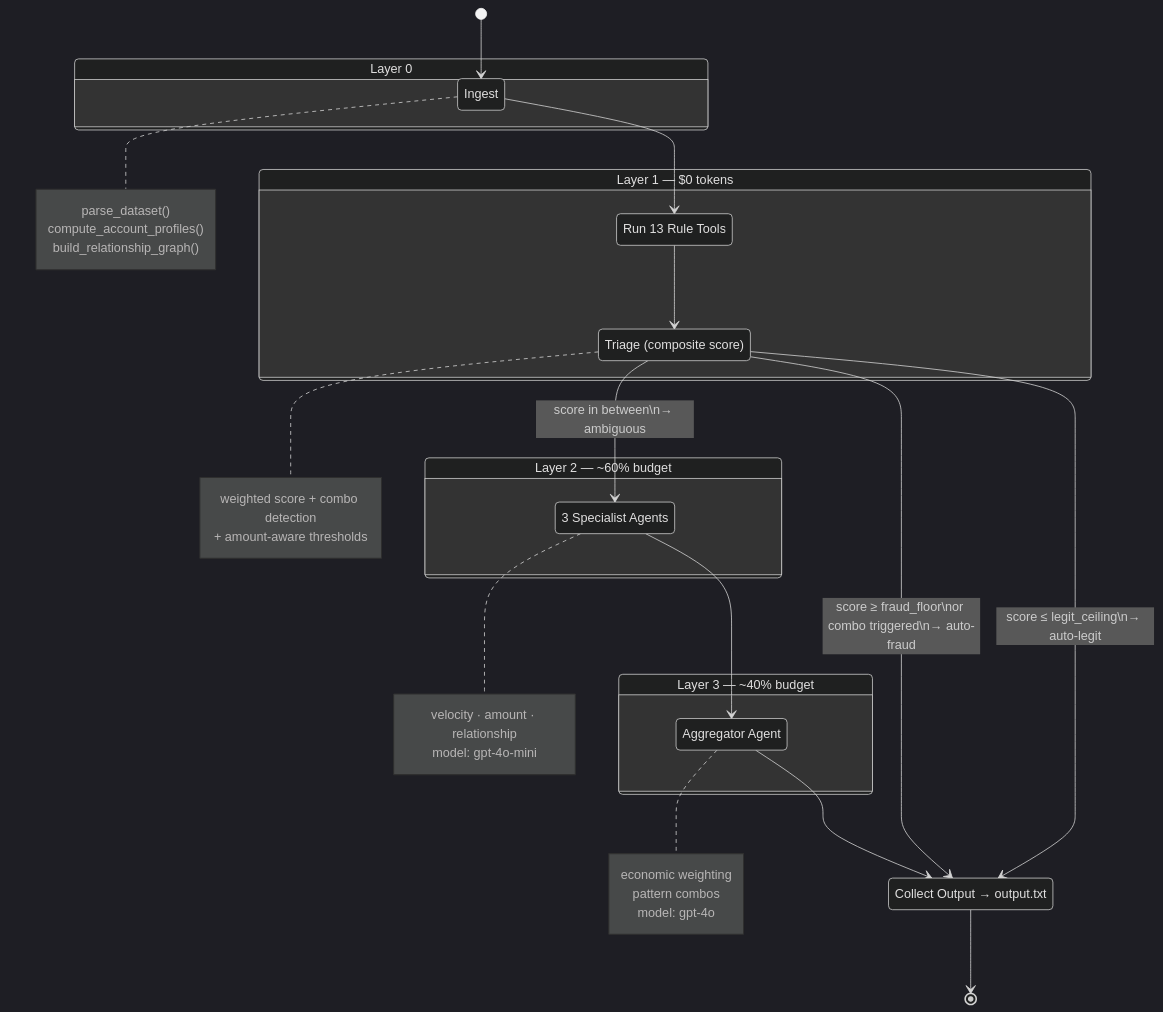
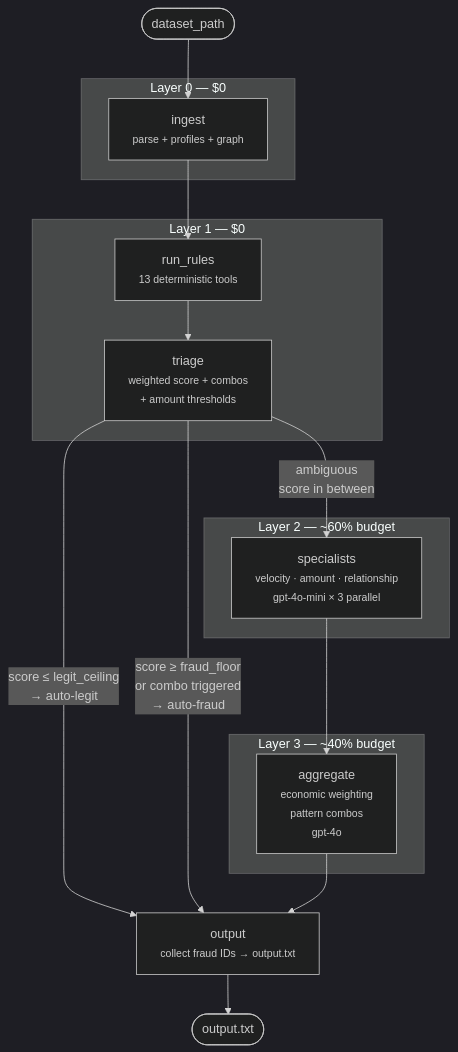
The diagram in pipeline/PIPELINE.md (EthanITA/fraud-detection-hackathon), drawn with Mermaid (dark theme) before and after one commit. The commit also changed other lines of this file and 6 other files, not shown here.

Commit message:
docs: add final-state architecture docs for all 8 modules

````diff
--- a/pipeline/PIPELINE.md
+++ b/pipeline/PIPELINE.md
@@ -3,52 +7,33 @@
 ```mermaid
-stateDiagram-v2
-    [*] --> ingest
+flowchart TD
+    START([dataset_path]) --> ingest
 
-    state "Layer 0" as L0 {
-        ingest: Ingest
-        note right of ingest
-            parse_dataset()
-            compute_account_profiles()
-            build_relationship_graph()
-        end note
-    }
-
-    state "Layer 1 — $0 tokens" as L1 {
-        run_rules: Run 13 Rule Tools
-        triage: Triage (composite score)
-        note right of triage
-            weighted score + combo detection
-            + amount-aware thresholds
-        end note
-    }
-
-    state "Layer 2 — ~60% budget" as L2 {
-        specialists: 3 Specialist Agents
-        note right of specialists
-            velocity · amount · relationship
-            model: gpt-4o-mini
-        end note
-    }
-
-    state "Layer 3 — ~40% budget" as L3 {
-        aggregate: Aggregator Agent
-        note right of aggregate
-            economic weighting
-            pattern combos
-            model: gpt-4o
-        end note
-    }
-
-    output: Collect Output → output.txt
+    subgraph "Layer 0 — $0"
+        ingest[ingest<br/><small>parse + profiles + graph</small>]
+    end
 
     ingest --> run_rules
-    run_rules --> triage
 
-    triage --> output: score ≤ legit_ceiling\n→ auto-legit
-    triage --> output: score ≥ fraud_floor\nor combo triggered\n→ auto-fraud
-    triage --> specialists: score in between\n→ ambiguous
+    subgraph "Layer 1 — $0"
+        run_rules[run_rules<br/><small>13 deterministic tools</small>]
+        run_rules --> triage
+        triage[triage<br/><small>weighted score + combos<br/>+ amount thresholds</small>]
+    end
+
+    triage -->|"score ≤ legit_ceiling<br/>→ auto-legit"| output
+    triage -->|"score ≥ fraud_floor<br/>or combo triggered<br/>→ auto-fraud"| output
+    triage -->|"ambiguous<br/>score in between"| specialists
+
+    subgraph "Layer 2 — ~60% budget"
+        specialists[specialists<br/><small>velocity · amount · relationship<br/>gpt-4o-mini × 3 parallel</small>]
+    end
 
     specialists --> aggregate
+
+    subgraph "Layer 3 — ~40% budget"
+        aggregate[aggregate<br/><small>economic weighting<br/>pattern combos<br/>gpt-4o</small>]
+    end
+
     aggregate --> output
-    output --> [*]
+    output[output<br/><small>collect fraud IDs → output.txt</small>] --> END([output.txt])
 ```
````
